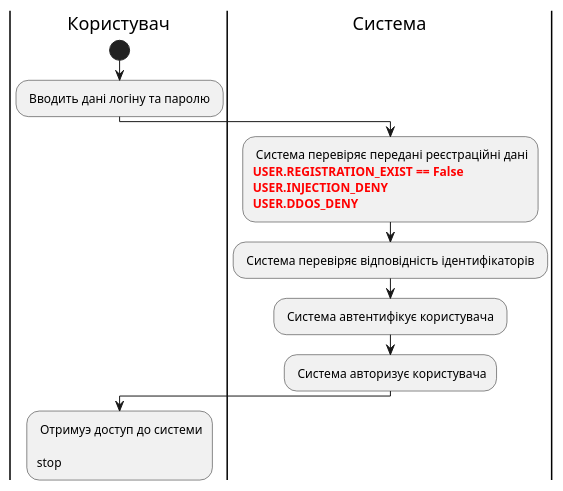
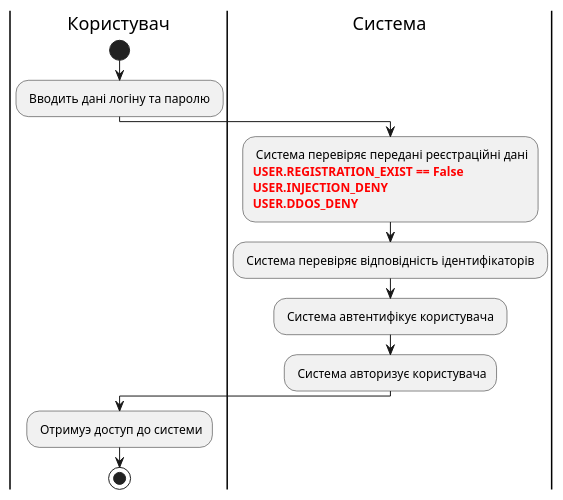
Before and after one commit to anastasiadyvnich/edu_db_labs: the fifth of 14 diagrams in docs/use cases/README.md, drawn with PlantUML. The commit also changed other lines of this file, not shown here.

```diff
--- a/docs/use cases/README.md
+++ b/docs/use cases/README.md
@@ -168,24 +168,24 @@
 @startuml
 
     |Користувач|
     start
     : Вводить дані логіну та паролю ;
 
     |Система|
     : Система перевіряє передані реєстраційні дані
     <font color="red"><b>USER.REGISTRATION_EXIST == False
     <font color="red"><b>USER.INJECTION_DENY
     <font color="red"><b>USER.DDOS_DENY;
 
     : Система перевіряє відповідність ідентифікаторів ;
 
     : Система автентифікує користувача ;
 
     : Система авторизує користувача;
 
     |Користувач|  
-    : Отримуэ доступ до системи 
+    : Отримуэ доступ до системи;
 
     stop;
 
 @enduml
```
